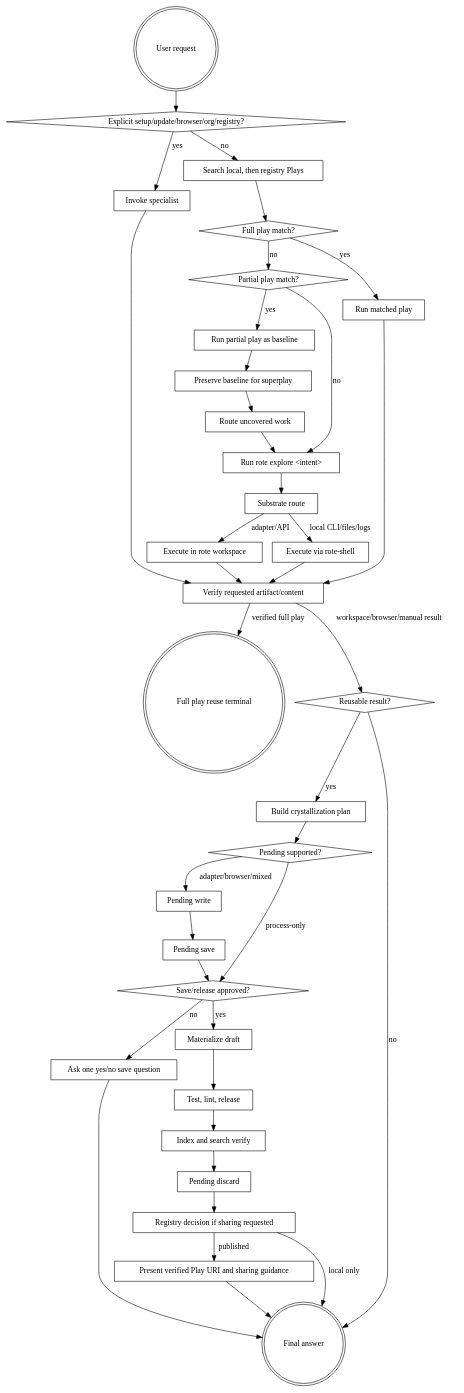
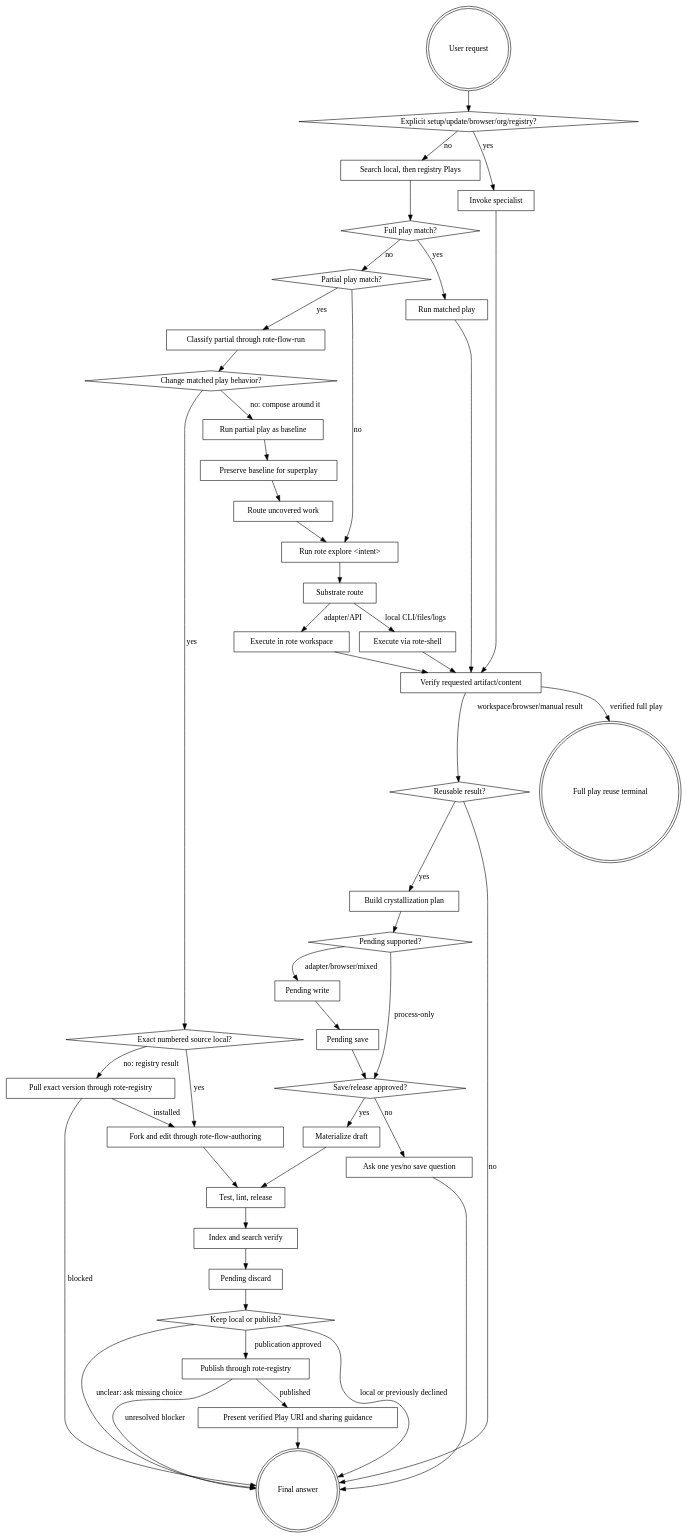
One commit to modiqo/rote-skills changed the diagram in plugins/rote/skills/rote/SKILL.md. Above: the diagram before and after it, drawn with Graphviz. The commit also changed other lines of this file and 20 other files, not shown here.

````diff
--- a/plugins/rote/skills/rote/SKILL.md
+++ b/plugins/rote/skills/rote/SKILL.md
@@ -140,8 +145,13 @@
     "Search local, then registry Plays" [shape=box];
     "Full play match?" [shape=diamond];
     "Partial play match?" [shape=diamond];
+    "Classify partial through rote-flow-run" [shape=box];
+    "Change matched play behavior?" [shape=diamond];
+    "Exact numbered source local?" [shape=diamond];
     "Run matched play" [shape=box];
     "Run partial play as baseline" [shape=box];
+    "Fork and edit through rote-flow-authoring" [shape=box];
+    "Pull exact version through rote-registry" [shape=box];
     "Preserve baseline for superplay" [shape=box];
     "Full play reuse terminal" [shape=doublecircle];
     "Route uncovered work" [shape=box];
@@ -161,7 +171,8 @@
     "Test, lint, release" [shape=box];
     "Index and search verify" [shape=box];
     "Pending discard" [shape=box];
-    "Registry decision if sharing requested" [shape=box];
+    "Keep local or publish?" [shape=diamond];
+    "Publish through rote-registry" [shape=box];
     "Present verified Play URI and sharing guidance" [shape=box];
     "Final answer" [shape=doublecircle];
 
@@ -173,9 +184,17 @@
     "Full play match?" -> "Run matched play" [label="yes"];
     "Full play match?" -> "Partial play match?" [label="no"];
     "Run matched play" -> "Verify requested artifact/content";
-    "Partial play match?" -> "Run partial play as baseline" [label="yes"];
+    "Partial play match?" -> "Classify partial through rote-flow-run" [label="yes"];
     "Partial play match?" -> "Run rote explore <intent>" [label="no"];
+    "Classify partial through rote-flow-run" -> "Change matched play behavior?";
+    "Change matched play behavior?" -> "Exact numbered source local?" [label="yes"];
+    "Change matched play behavior?" -> "Run partial play as baseline" [label="no: compose around it"];
+    "Exact numbered source local?" -> "Fork and edit through rote-flow-authoring" [label="yes"];
+    "Exact numbered source local?" -> "Pull exact version through rote-registry" [label="no: registry result"];
+    "Pull exact version through rote-registry" -> "Fork and edit through rote-flow-authoring" [label="installed"];
+    "Pull exact version through rote-registry" -> "Final answer" [label="blocked"];
     "Run partial play as baseline" -> "Preserve baseline for superplay";
+    "Fork and edit through rote-flow-authoring" -> "Test, lint, release";
     "Preserve baseline for superplay" -> "Route uncovered work";
     "Route uncovered work" -> "Run rote explore <intent>";
     "Run rote explore <intent>" -> "Substrate route";
@@ -198,9 +217,12 @@
     "Materialize draft" -> "Test, lint, release";
     "Test, lint, release" -> "Index and search verify";
     "Index and search verify" -> "Pending discard";
-    "Pending discard" -> "Registry decision if sharing requested";
-    "Registry decision if sharing requested" -> "Final answer" [label="local only"];
-    "Registry decision if sharing requested" -> "Present verified Play URI and sharing guidance" [label="published"];
+    "Pending discard" -> "Keep local or publish?";
+    "Keep local or publish?" -> "Final answer" [label="local or previously declined"];
+    "Keep local or publish?" -> "Final answer" [label="unclear: ask missing choice"];
+    "Keep local or publish?" -> "Publish through rote-registry" [label="publication approved"];
+    "Publish through rote-registry" -> "Present verified Play URI and sharing guidance" [label="published"];
+    "Publish through rote-registry" -> "Final answer" [label="unresolved blocker"];
     "Present verified Play URI and sharing guidance" -> "Final answer";
 }
 ```
````
